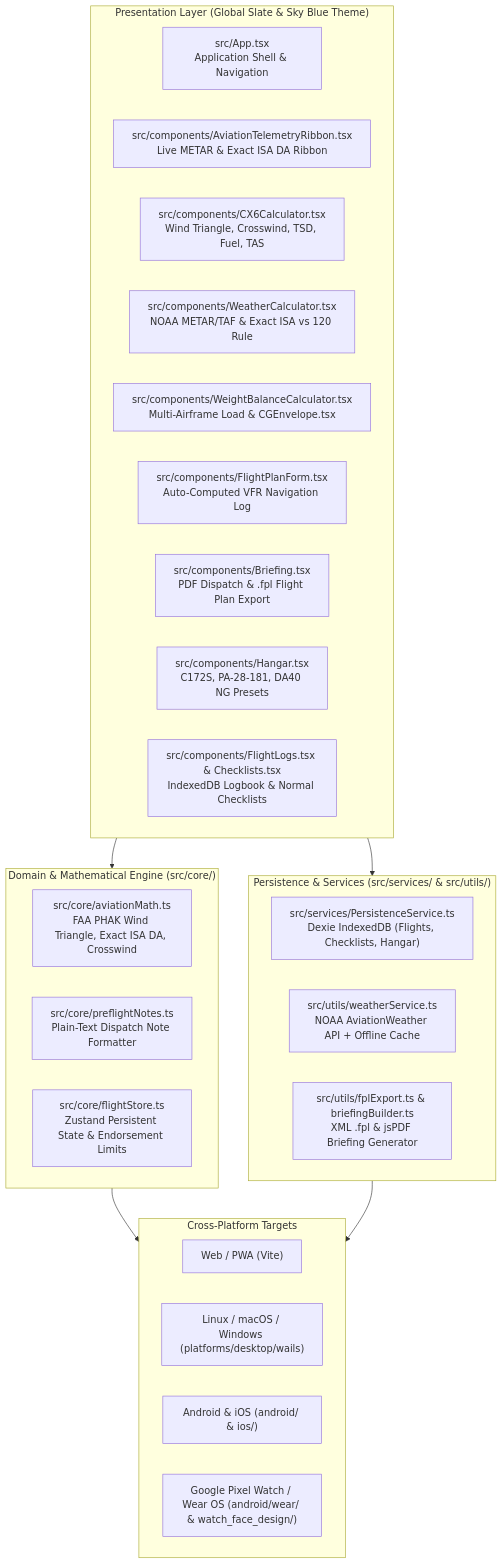
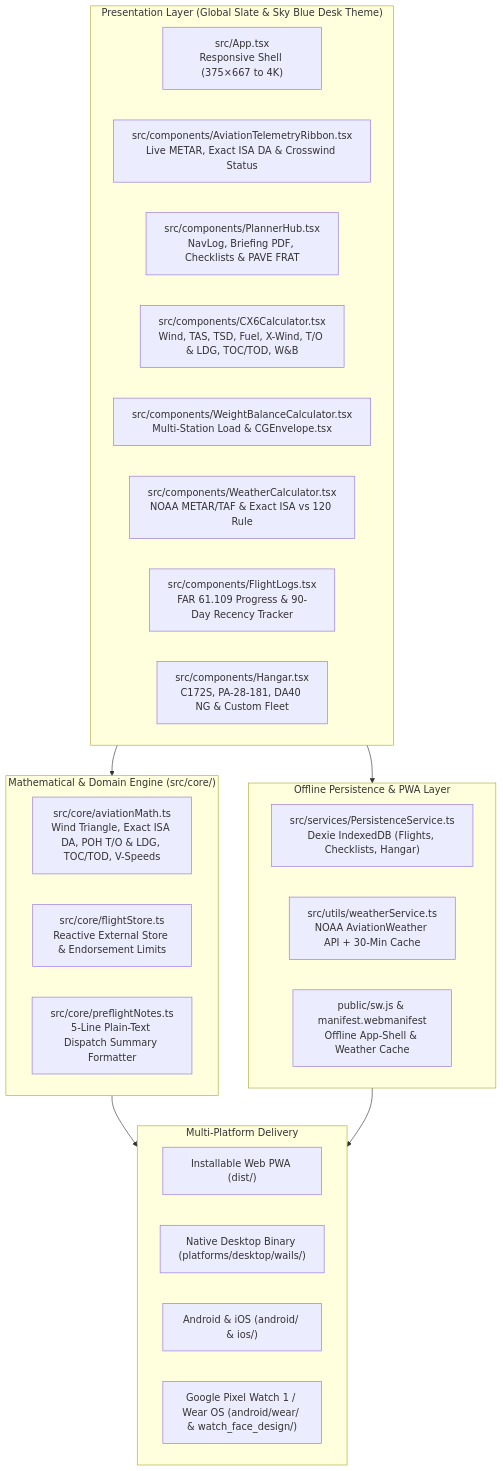
Before and after one commit to robfernan/AviationPro: the diagram in README.md, drawn with Mermaid. The commit also changed other lines of this file and 7 other files, not shown here.

Commit message:
feat(pwa,docs): add offline-first PWA manifest, service worker, icons, and enterprise README

````diff
--- a/README.md
+++ b/README.md
@@ -16,38 +18,37 @@
 ```mermaid
 flowchart TD
-    subgraph UI["Presentation Layer (Global Slate & Sky Blue Theme)"]
-        App["src/App.tsx<br/>Application Shell & Navigation"]
-        Ribbon["src/components/AviationTelemetryRibbon.tsx<br/>Live METAR & Exact ISA DA Ribbon"]
-        CX6["src/components/CX6Calculator.tsx<br/>Wind Triangle, Crosswind, TSD, Fuel, TAS"]
+    subgraph UI["Presentation Layer (Global Slate & Sky Blue Desk Theme)"]
+        App["src/App.tsx<br/>Responsive Shell (375×667 to 4K)"]
+        Ribbon["src/components/AviationTelemetryRibbon.tsx<br/>Live METAR, Exact ISA DA & Crosswind Status"]
+        Planner["src/components/PlannerHub.tsx<br/>NavLog, Briefing PDF, Checklists & PAVE FRAT"]
+        CX6["src/components/CX6Calculator.tsx<br/>Wind, TAS, TSD, Fuel, X-Wind, T/O & LDG, TOC/TOD, W&B"]
+        WB["src/components/WeightBalanceCalculator.tsx<br/>Multi-Station Load & CGEnvelope.tsx"]
         Wx["src/components/WeatherCalculator.tsx<br/>NOAA METAR/TAF & Exact ISA vs 120 Rule"]
-        WB["src/components/WeightBalanceCalculator.tsx<br/>Multi-Airframe Load & CGEnvelope.tsx"]
-        FPL["src/components/FlightPlanForm.tsx<br/>Auto-Computed VFR Navigation Log"]
-        Brief["src/components/Briefing.tsx<br/>PDF Dispatch & .fpl Flight Plan Export"]
-        Hangar["src/components/Hangar.tsx<br/>C172S, PA-28-181, DA40 NG Presets"]
-        Logs["src/components/FlightLogs.tsx & Checklists.tsx<br/>IndexedDB Logbook & Normal Checklists"]
+        Logs["src/components/FlightLogs.tsx<br/>FAR 61.109 Progress & 90-Day Recency Tracker"]
+        Hangar["src/components/Hangar.tsx<br/>C172S, PA-28-181, DA40 NG & Custom Fleet"]
     end
 
-    subgraph Core["Domain & Mathematical Engine (src/core/)"]
-        Math["src/core/aviationMath.ts<br/>FAA PHAK Wind Triangle, Exact ISA DA, Crosswind"]
-        Notes["src/core/preflightNotes.ts<br/>Plain-Text Dispatch Note Formatter"]
-        Store["src/core/flightStore.ts<br/>Zustand Persistent State & Endorsement Limits"]
+    subgraph Core["Mathematical & Domain Engine (src/core/)"]
+        Math["src/core/aviationMath.ts<br/>Wind Triangle, Exact ISA DA, POH T/O & LDG, TOC/TOD, V-Speeds"]
+        Store["src/core/flightStore.ts<br/>Reactive External Store & Endorsement Limits"]
+        Notes["src/core/preflightNotes.ts<br/>5-Line Plain-Text Dispatch Summary Formatter"]
     end
 
-    subgraph Data["Persistence & Services (src/services/ & src/utils/)"]
+    subgraph Data["Offline Persistence & PWA Layer"]
         Dexie["src/services/PersistenceService.ts<br/>Dexie IndexedDB (Flights, Checklists, Hangar)"]
-        Weather["src/utils/weatherService.ts<br/>NOAA AviationWeather API + Offline Cache"]
-        Export["src/utils/fplExport.ts & briefingBuilder.ts<br/>XML .fpl & jsPDF Briefing Generator"]
+        Weather["src/utils/weatherService.ts<br/>NOAA AviationWeather API + 30-Min Cache"]
+        PWA["public/sw.js & manifest.webmanifest<br/>Offline App-Shell & Weather Cache"]
     end
 
-    subgraph Targets["Cross-Platform Targets"]
-        Web["Web / PWA (Vite)"]
-        Desktop["Linux / macOS / Windows (platforms/desktop/wails)"]
+    subgraph Targets["Multi-Platform Delivery"]
+        Web["Installable Web PWA (dist/)"]
+        Desktop["Native Desktop Binary (platforms/desktop/wails/)"]
         Mobile["Android & iOS (android/ & ios/)"]
-        Wear["Google Pixel Watch / Wear OS (android/wear/ & watch_face_design/)"]
+        Wear["Google Pixel Watch 1 / Wear OS (android/wear/ & watch_face_design/)"]
     end
 
     UI --> Core
     UI --> Data
     Core --> Targets
     Data --> Targets
 ```
````
